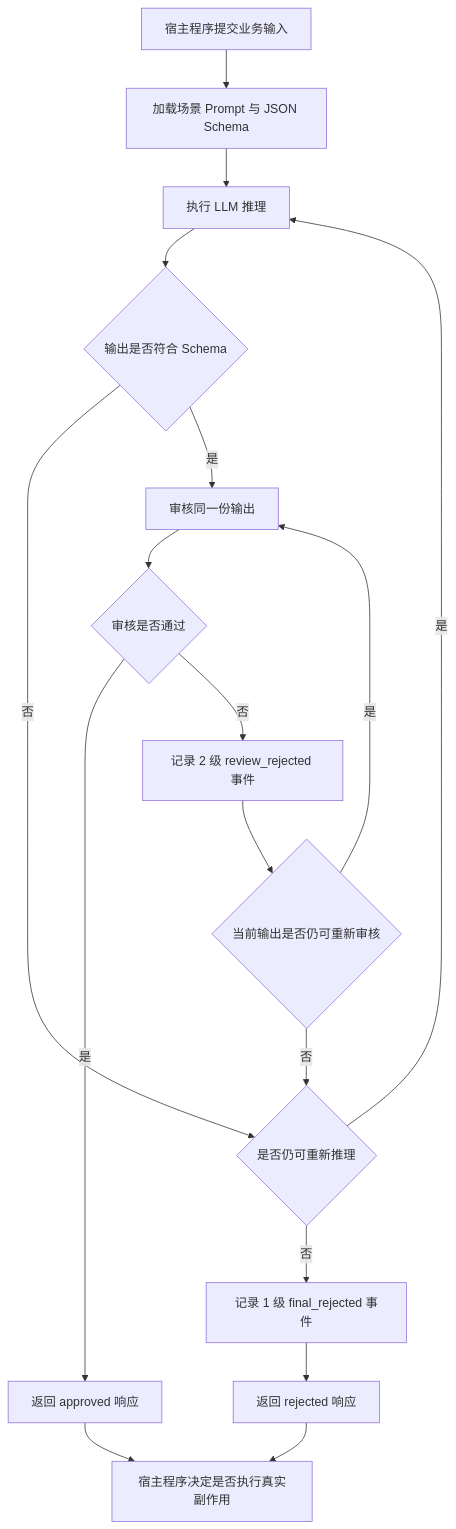
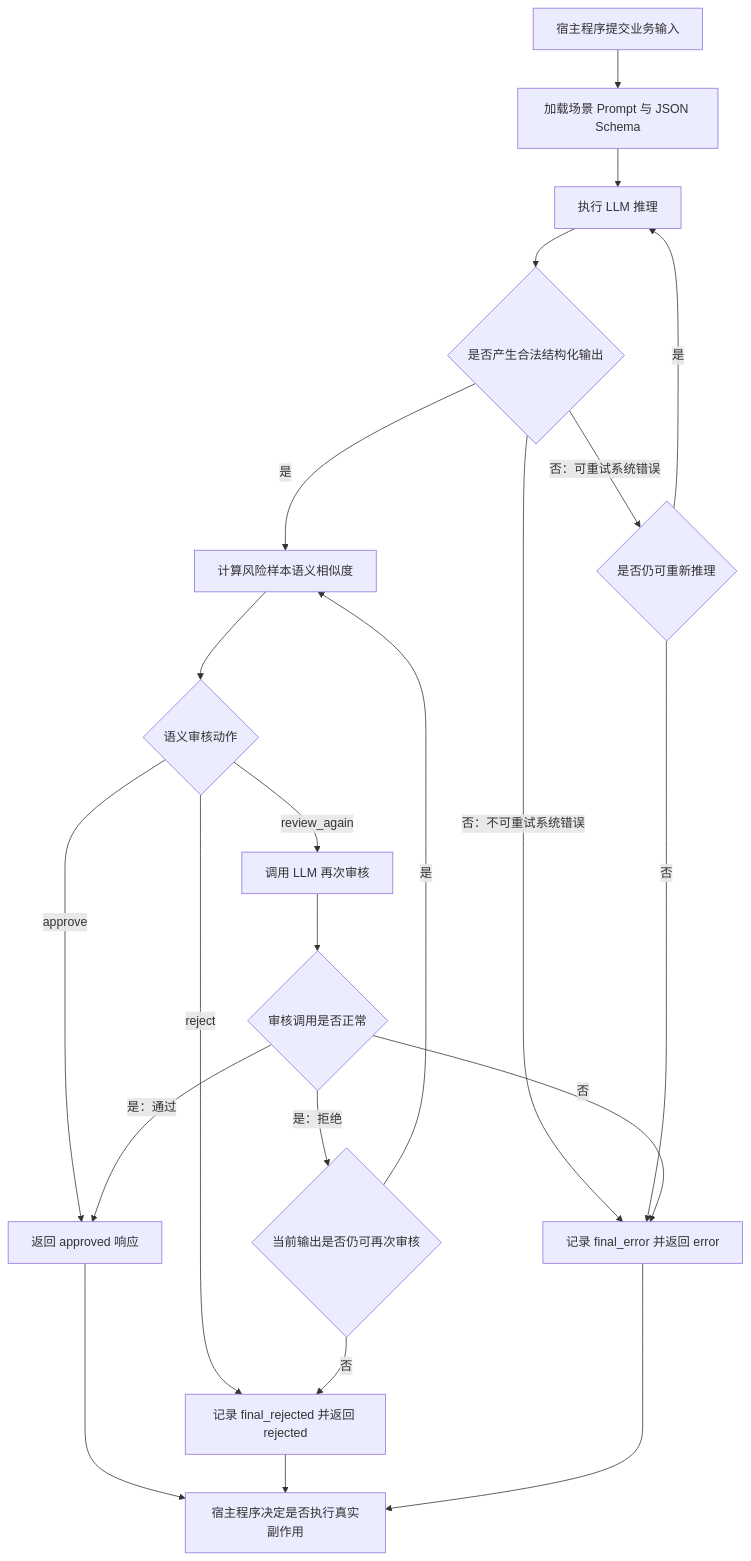
Before and after one commit to TantiHeng/IntelligentHarness: the diagram in README.md, drawn with Mermaid. The commit also changed other lines of this file and 31 other files, not shown here.

````diff
--- a/README.md
+++ b/README.md
@@ -50,19 +170,24 @@
 ```mermaid
 flowchart TD
     A["宿主程序提交业务输入"] --> B["加载场景 Prompt 与 JSON Schema"]
     B --> C["执行 LLM 推理"]
-    C --> D{"输出是否符合 Schema"}
-    D -- "否" --> E{"是否仍可重新推理"}
-    D -- "是" --> F["审核同一份输出"]
-    F --> G{"审核是否通过"}
-    G -- "是" --> H["返回 approved 响应"]
-    G -- "否" --> I["记录 2 级 review_rejected 事件"]
-    I --> J{"当前输出是否仍可重新审核"}
-    J -- "是" --> F
-    J -- "否" --> E
-    E -- "是" --> C
-    E -- "否" --> K["记录 1 级 final_rejected 事件"]
-    K --> L["返回 rejected 响应"]
-    H --> M["宿主程序决定是否执行真实副作用"]
-    L --> M
+    C --> D{"是否产生合法结构化输出"}
+    D -- "是" --> E["计算风险样本语义相似度"]
+    D -- "否：可重试系统错误" --> F{"是否仍可重新推理"}
+    D -- "否：不可重试系统错误" --> G["记录 final_error 并返回 error"]
+    F -- "是" --> C
+    F -- "否" --> G
+    E --> H{"语义审核动作"}
+    H -- "approve" --> J["返回 approved 响应"]
+    H -- "reject" --> N["记录 final_rejected 并返回 rejected"]
+    H -- "review_again" --> I["调用 LLM 再次审核"]
+    I --> K{"审核调用是否正常"}
+    K -- "否" --> G
+    K -- "是：通过" --> J
+    K -- "是：拒绝" --> L{"当前输出是否仍可再次审核"}
+    L -- "是" --> E
+    L -- "否" --> N
+    J --> O["宿主程序决定是否执行真实副作用"]
+    N --> O
+    G --> O
 ```
````
